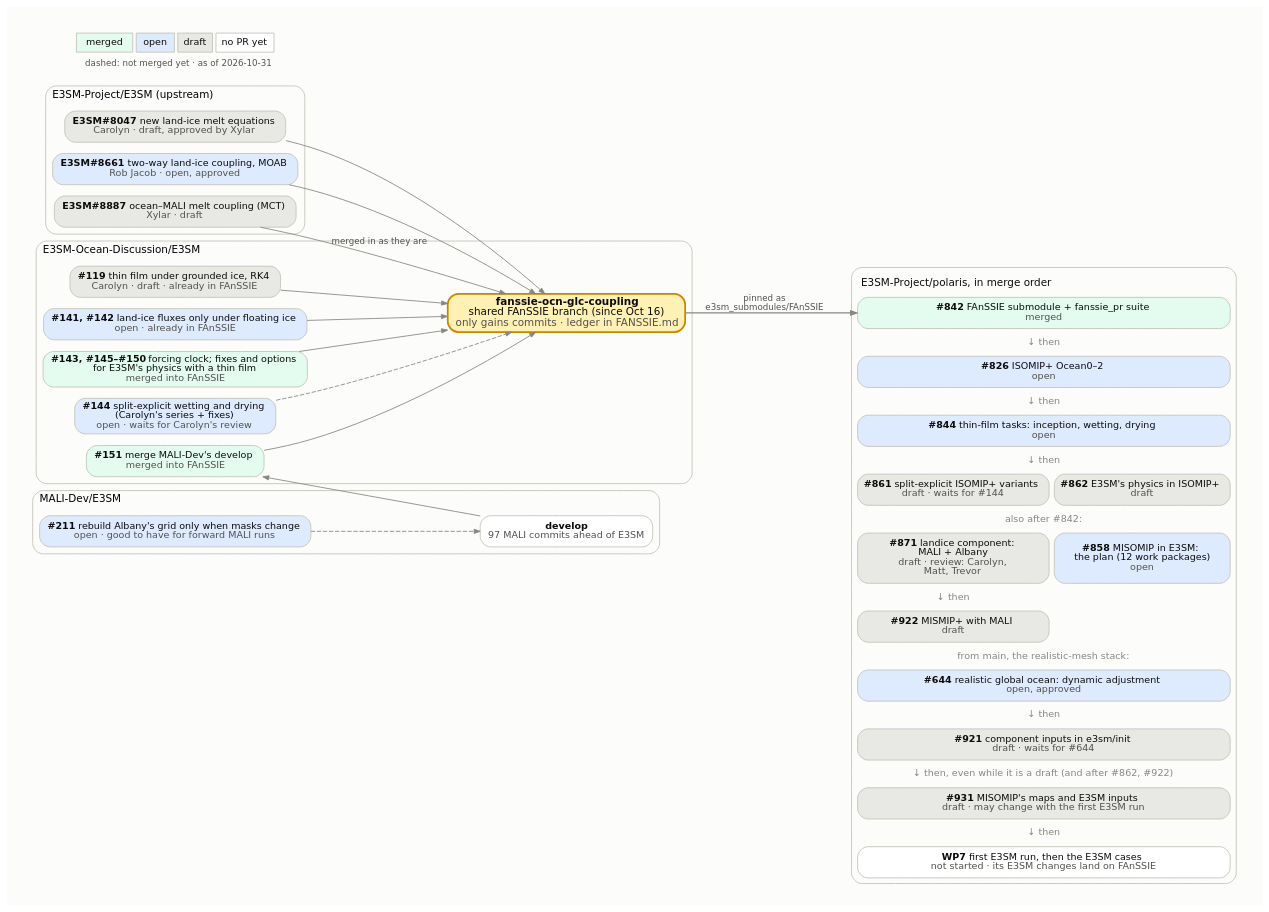
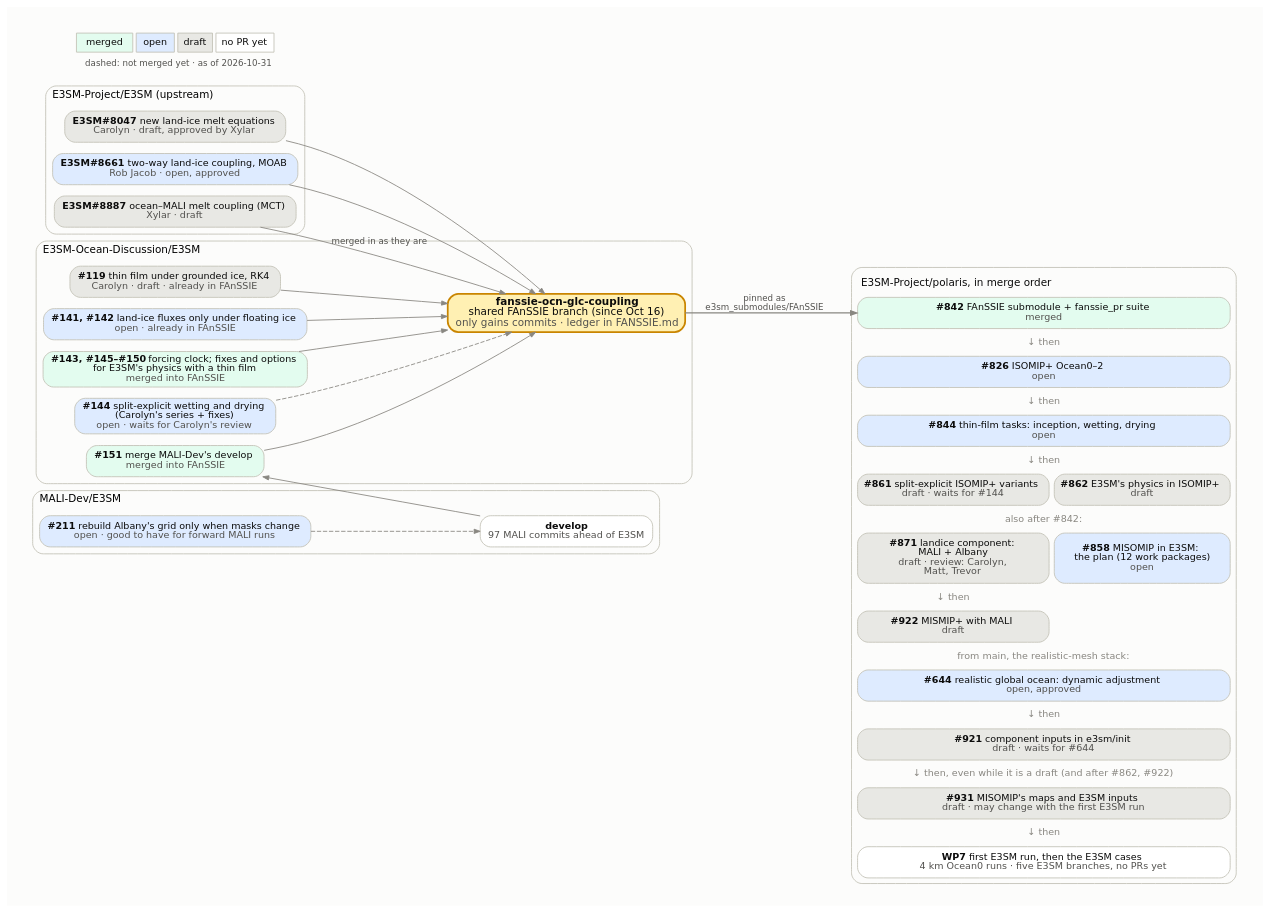
Before and after one commit to E3SM-Project/polaris: the diagram in docs/design_docs/misomip/code_flow.dot, drawn with Graphviz. The commit also changed 4 other files, not shown here.

First line of the commit message:
Record what the first E3SM run of 4 km Ocean0 showed in the MISOMIP plan

```diff
--- a/docs/design_docs/misomip/code_flow.dot
+++ b/docs/design_docs/misomip/code_flow.dot
@@ -1,97 +1,97 @@
 // How the upstream E3SM PRs, the E3SM-Ocean-Discussion PRs, the
 // fanssie-ocn-glc-coupling branch and the Polaris PRs fit together.
 //
 // Regenerate with Graphviz 14 (Chrysalis's /usr/bin/dot 2.40 lays it out
 // wider), with the text drawn as paths so it looks the same everywhere:
 //
 //     pixi exec -s graphviz dot -Tsvg:cairo code_flow.dot -o code_flow.svg
 //
 // Fill by state: merged #e3fcef, open #deebff, draft #e8e8e4, no PR yet
 // #ffffff. Dashed edges into the FAnSSIE branch mark PRs not merged into it
 // yet. The Polaris side is one HTML-table node, in merge order, because
 // Graphviz would not keep separate boxes in that order. Update the date in
 // the legend.
 digraph fanssie {
   rankdir=LR;
   bgcolor="#fcfcfb";
   pad=0.3;
   nodesep=0.18;
   ranksep=0.7;
   fontname="DejaVu Sans";
   node [shape=box, style="rounded,filled", fontname="DejaVu Sans",
         fontsize=11, color="#c3c2b7", fontcolor="#0b0b0b", penwidth=1,
         margin="0.12,0.06"];
   edge [color="#898781", arrowsize=0.7, fontname="DejaVu Sans",
         fontsize=10, fontcolor="#52514e"];
 
   subgraph cluster_upstream {
     label="E3SM-Project/E3SM (upstream)";
     labeljust=l; fontsize=12; color="#c3c2b7"; style="rounded";
     e8047 [label=<<b>E3SM#8047</b>  new land-ice melt equations<br/><font color="#52514e">Carolyn · draft, approved by Xylar</font>>, fillcolor="#e8e8e4"];
     e8661 [label=<<b>E3SM#8661</b>  two-way land-ice coupling, MOAB<br/><font color="#52514e">Rob Jacob · open, approved</font>>, fillcolor="#deebff"];
     e8887 [label=<<b>E3SM#8887</b>  ocean–MALI melt coupling (MCT)<br/><font color="#52514e">Xylar · draft</font>>, fillcolor="#e8e8e4"];
   }
 
   subgraph cluster_malidev {
     label="MALI-Dev/E3SM";
     labeljust=l; fontsize=12; color="#c3c2b7"; style="rounded";
     malidev [label=<<b>develop</b><br/><font color="#52514e">97 MALI commits ahead of E3SM</font>>, fillcolor="#ffffff"];
     m211 [label=<<b>#211</b>  rebuild Albany's grid only when masks change<br/><font color="#52514e">open · good to have for forward MALI runs</font>>, fillcolor="#deebff"];
   }
 
   subgraph cluster_eod {
     label="E3SM-Ocean-Discussion/E3SM";
     labeljust=l; fontsize=12; color="#c3c2b7"; style="rounded";
     d119 [label=<<b>#119</b>  thin film under grounded ice, RK4<br/><font color="#52514e">Carolyn · draft · already in FAnSSIE</font>>, fillcolor="#e8e8e4"];
     d141 [label=<<b>#141, #142</b>  land-ice fluxes only under floating ice<br/><font color="#52514e">open · already in FAnSSIE</font>>, fillcolor="#deebff"];
     d143 [label=<<b>#143, #145–#150</b>  forcing clock; fixes and options<br/>for E3SM's physics with a thin film<br/><font color="#52514e">merged into FAnSSIE</font>>, fillcolor="#e3fcef"];
     d144 [label=<<b>#144</b>  split-explicit wetting and drying<br/>(Carolyn's series + fixes)<br/><font color="#52514e">open · waits for Carolyn's review</font>>, fillcolor="#deebff"];
     d151 [label=<<b>#151</b>  merge MALI-Dev's develop<br/><font color="#52514e">merged into FAnSSIE</font>>, fillcolor="#e3fcef"];
     fanssie [label=<<b>fanssie-ocn-glc-coupling</b><br/>shared FAnSSIE branch (since Oct 16)<br/><font color="#52514e">only gains commits · ledger in FANSSIE.md</font>>,
              fillcolor="#fff0b3", penwidth=2, color="#c98500", fontsize=12];
   }
 
   polaris [shape=plaintext, style="", label=<
     <table border="1" color="#c3c2b7" style="rounded" cellborder="1" cellspacing="6" cellpadding="4" bgcolor="#fcfcfb">
       <tr><td border="0" colspan="2" align="left"><font point-size="12">E3SM-Project/polaris, in merge order</font></td></tr>
       <tr><td port="p842" bgcolor="#e3fcef" colspan="2" style="rounded" cellpadding="6"><b>#842</b>  FAnSSIE submodule + fanssie_pr suite<br/><font color="#52514e">merged</font></td></tr>
       <tr><td border="0" colspan="2"><font color="#898781">↓ then</font></td></tr>
       <tr><td port="p826" bgcolor="#deebff" colspan="2" style="rounded" cellpadding="6"><b>#826</b>  ISOMIP+ Ocean0–2<br/><font color="#52514e">open</font></td></tr>
       <tr><td border="0" colspan="2"><font color="#898781">↓ then</font></td></tr>
       <tr><td port="p844" bgcolor="#deebff" colspan="2" style="rounded" cellpadding="6"><b>#844</b>  thin-film tasks: inception, wetting, drying<br/><font color="#52514e">open</font></td></tr>
       <tr><td border="0" colspan="2"><font color="#898781">↓ then</font></td></tr>
       <tr><td port="p861" bgcolor="#e8e8e4" colspan="1" style="rounded" cellpadding="6"><b>#861</b>  split-explicit ISOMIP+ variants<br/><font color="#52514e">draft · waits for #144</font></td><td port="p862" bgcolor="#e8e8e4" colspan="1" style="rounded" cellpadding="6"><b>#862</b>  E3SM's physics in ISOMIP+<br/><font color="#52514e">draft</font></td></tr>
       <tr><td border="0" colspan="2"><font color="#898781">also after #842:</font></td></tr>
       <tr><td port="p871" bgcolor="#e8e8e4" colspan="1" style="rounded" cellpadding="6"><b>#871</b>  landice component:<br/>MALI + Albany<br/><font color="#52514e">draft · review: Carolyn,<br/>Matt, Trevor</font></td><td port="p858" bgcolor="#deebff" colspan="1" style="rounded" cellpadding="6"><b>#858</b>  MISOMIP in E3SM:<br/>the plan (12 work packages)<br/><font color="#52514e">open</font></td></tr>
       <tr><td border="0" colspan="1"><font color="#898781">↓ then</font></td><td border="0" colspan="1"></td></tr>
       <tr><td port="p922" bgcolor="#e8e8e4" colspan="1" style="rounded" cellpadding="6"><b>#922</b>  MISMIP+ with MALI<br/><font color="#52514e">draft</font></td><td border="0" colspan="1"></td></tr>
       <tr><td border="0" colspan="2"><font color="#898781">from main, the realistic-mesh stack:</font></td></tr>
       <tr><td port="p644" bgcolor="#deebff" colspan="2" style="rounded" cellpadding="6"><b>#644</b>  realistic global ocean: dynamic adjustment<br/><font color="#52514e">open, approved</font></td></tr>
       <tr><td border="0" colspan="2"><font color="#898781">↓ then</font></td></tr>
       <tr><td port="p921" bgcolor="#e8e8e4" colspan="2" style="rounded" cellpadding="6"><b>#921</b>  component inputs in e3sm/init<br/><font color="#52514e">draft · waits for #644</font></td></tr>
       <tr><td border="0" colspan="2"><font color="#898781">↓ then, even while it is a draft (and after #862, #922)</font></td></tr>
       <tr><td port="pwp56" bgcolor="#e8e8e4" colspan="2" style="rounded" cellpadding="6"><b>#931</b>  MISOMIP's maps and E3SM inputs<br/><font color="#52514e">draft · may change with the first E3SM run</font></td></tr>
       <tr><td border="0" colspan="2"><font color="#898781">↓ then</font></td></tr>
-      <tr><td port="pwp7" bgcolor="#ffffff" colspan="2" style="rounded" cellpadding="6"><b>WP7</b>  first E3SM run, then the E3SM cases<br/><font color="#52514e">not started · its E3SM changes land on FAnSSIE</font></td></tr>
+      <tr><td port="pwp7" bgcolor="#ffffff" colspan="2" style="rounded" cellpadding="6"><b>WP7</b>  first E3SM run, then the E3SM cases<br/><font color="#52514e">4 km Ocean0 runs · five E3SM branches, no PRs yet</font></td></tr>
     </table>>];
 
   e8047 -> fanssie;
   e8661 -> fanssie;
   e8887 -> fanssie [label="merged in as they are"];
   d119 -> fanssie;
   d141 -> fanssie;
   d143 -> fanssie;
   d144 -> fanssie [style=dashed];
   m211 -> malidev [style=dashed];
   malidev -> d151 [constraint=false];
   d151 -> fanssie;
 
   fanssie -> polaris:p842 [label="pinned as
 e3sm_submodules/FAnSSIE", penwidth=1.5];
 
   legend [shape=plaintext, style="", label=<
     <table border="0" cellborder="1" cellspacing="4" cellpadding="4" color="#c3c2b7">
       <tr><td bgcolor="#e3fcef">merged</td><td bgcolor="#deebff">open</td><td bgcolor="#e8e8e4">draft</td><td bgcolor="#ffffff">no PR yet</td></tr>
       <tr><td colspan="4" border="0"><font point-size="10" color="#52514e">dashed: not merged yet · as of 2026-10-31</font></td></tr>
     </table>>];
 }
```
